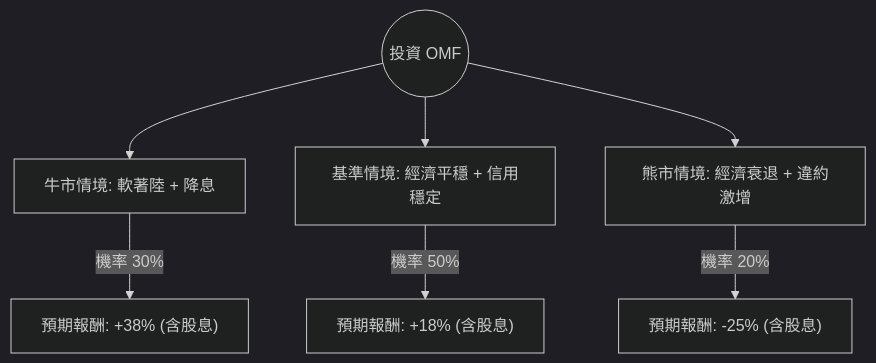
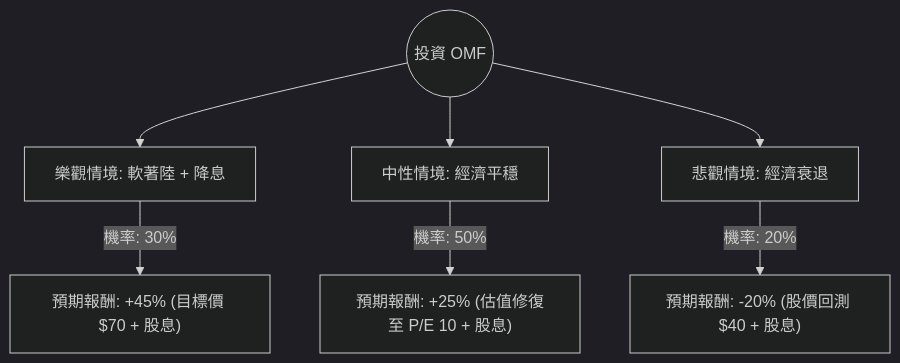
One commit to zmcx16/zmcx16.github.io changed the diagram in plugin-react/ai-analysis/ev-analysis/OMF.md. Above: the diagram before and after it, drawn with Mermaid (dark theme). The commit also changed other lines of this file and 70 other files, not shown here.

````diff
--- a/plugin-react/ai-analysis/ev-analysis/OMF.md
+++ b/plugin-react/ai-analysis/ev-analysis/OMF.md
@@ -21,10 +21,10 @@
 ```mermaid
 graph TD
-    Start((投資 OMF)) --> Bull[牛市情境: 軟著陸 + 降息]
-    Start --> Base[基準情境: 經濟平穩 + 信用穩定]
-    Start --> Bear[熊市情境: 經濟衰退 + 違約激增]
+    Start((投資 OMF)) --> Bull[樂觀情境: 軟著陸 + 降息]
+    Start --> Base[中性情境: 經濟平穩]
+    Start --> Bear[悲觀情境: 經濟衰退]
 
-    Bull -- "機率 30%" --> BullVal["預期報酬: +38% (含股息)"]
-    Base -- "機率 50%" --> BaseVal["預期報酬: +18% (含股息)"]
-    Bear -- "機率 20%" --> BearVal["預期報酬: -25% (含股息)"]
+    Bull -- "機率: 30%" --> BullVal["預期報酬: +45% (目標價 $70 + 股息)"]
+    Base -- "機率: 50%" --> BaseVal["預期報酬: +25% (估值修復至 P/E 10 + 股息)"]
+    Bear -- "機率: 20%" --> BearVal["預期報酬: -20% (股價回測 $40 + 股息)"]
 ```
````
